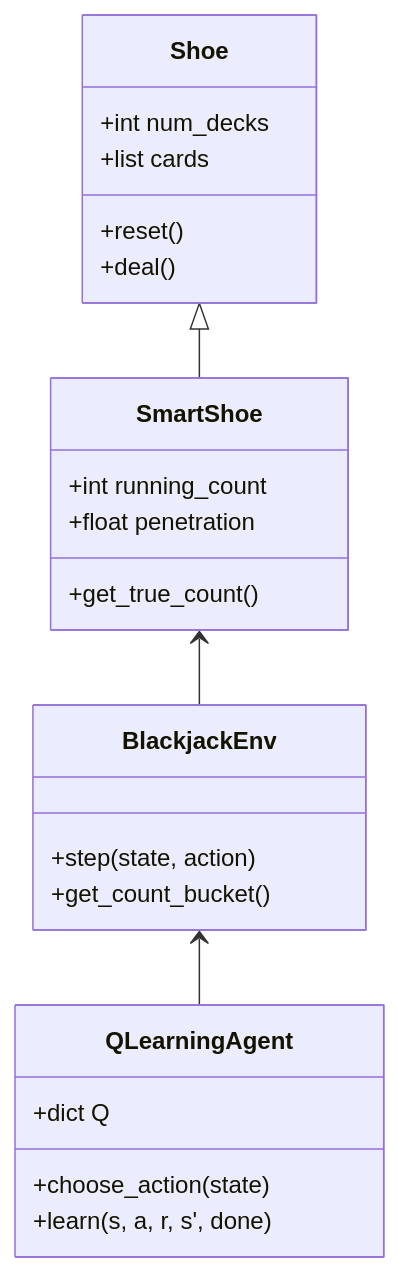
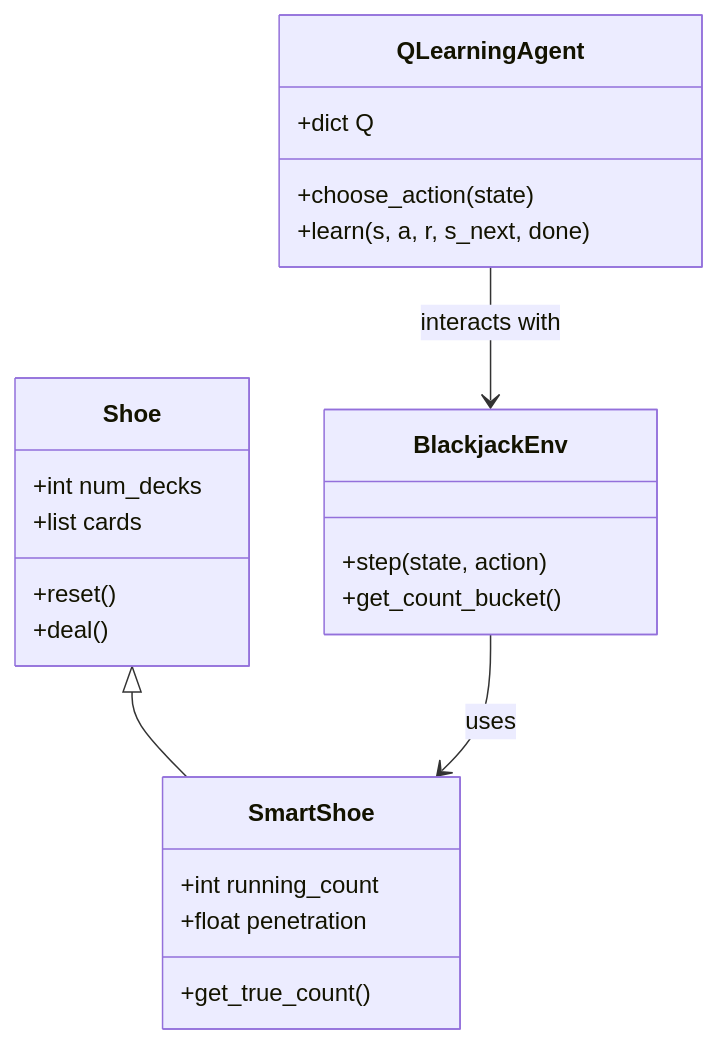
Before and after one commit to JosselinPerret/blackjack: the diagram in README.md, drawn with Mermaid. The commit also changed other lines of this file, not shown here.

````diff
--- a/README.md
+++ b/README.md
@@ -391,30 +209,26 @@
 ```mermaid
 classDiagram
     class Shoe {
         +int num_decks
         +list cards
         +reset()
         +deal()
     }
-    
     class SmartShoe {
         +int running_count
         +float penetration
         +get_true_count()
     }
-    
     class BlackjackEnv {
         +step(state, action)
         +get_count_bucket()
     }
-    
     class QLearningAgent {
         +dict Q
         +choose_action(state)
-        +learn(s, a, r, s', done)
+        +learn(s, a, r, s_next, done)
     }
-    
     Shoe <|-- SmartShoe
-    SmartShoe <-- BlackjackEnv
-    BlackjackEnv <-- QLearningAgent
+    BlackjackEnv --> SmartShoe : uses
+    QLearningAgent --> BlackjackEnv : interacts with
 ```
````
